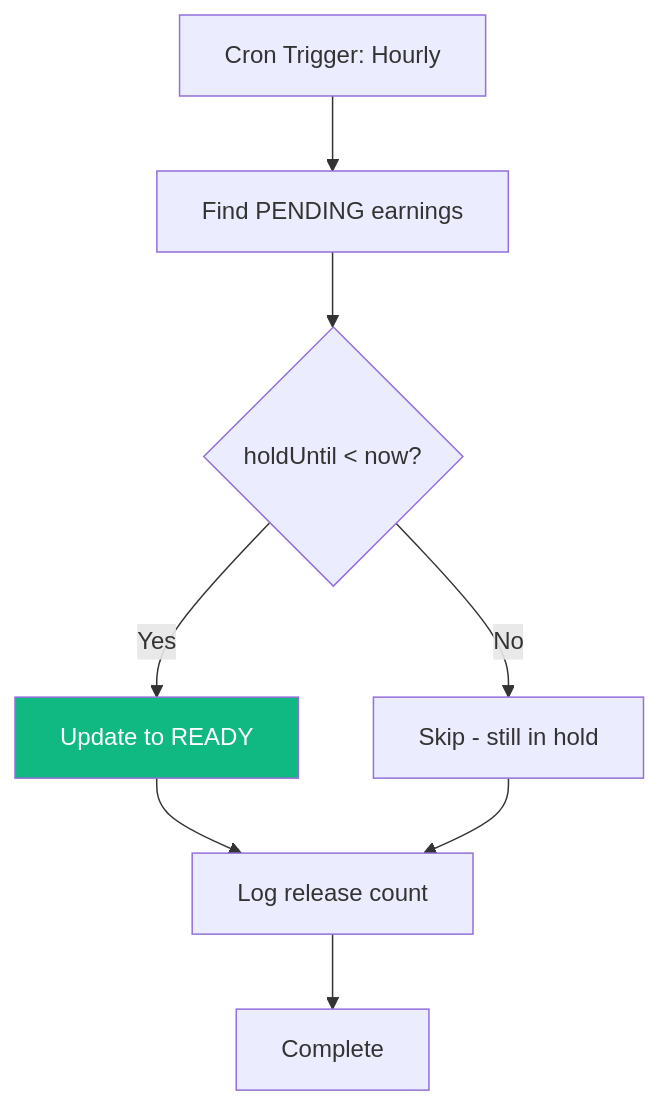
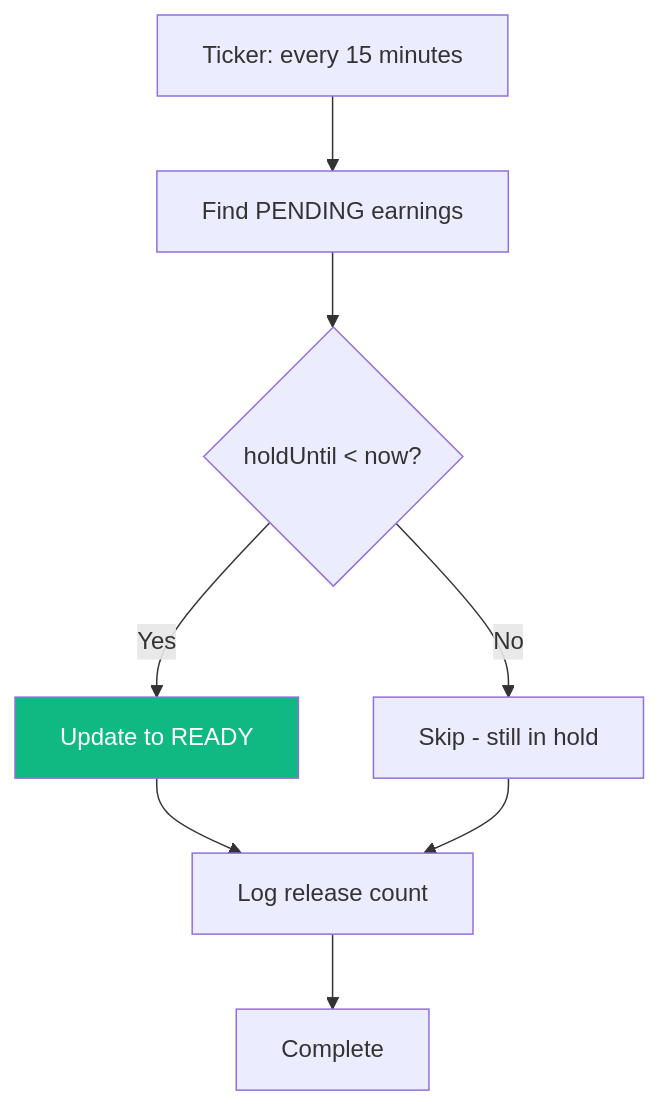
Before and after one commit to Practitionist/familiarise_web: the third of 7 diagrams in docs/payments/payouts/02-earnings-lifecycle.md, drawn with Mermaid. The commit also changed other lines of this file and 34 other files, not shown here.

````diff
--- a/docs/payments/payouts/02-earnings-lifecycle.md
+++ b/docs/payments/payouts/02-earnings-lifecycle.md
@@ -112,12 +114,12 @@
 ```mermaid
 flowchart TD
-    A[Cron Trigger: Hourly] --> B[Find PENDING earnings]
+    A[Ticker: every 15 minutes] --> B[Find PENDING earnings]
     B --> C{holdUntil < now?}
     C -->|Yes| D[Update to READY]
     C -->|No| E[Skip - still in hold]
     D --> F[Log release count]
     E --> F
     F --> G[Complete]
 
     style D fill:#10b981,color:#fff
 ```
````
